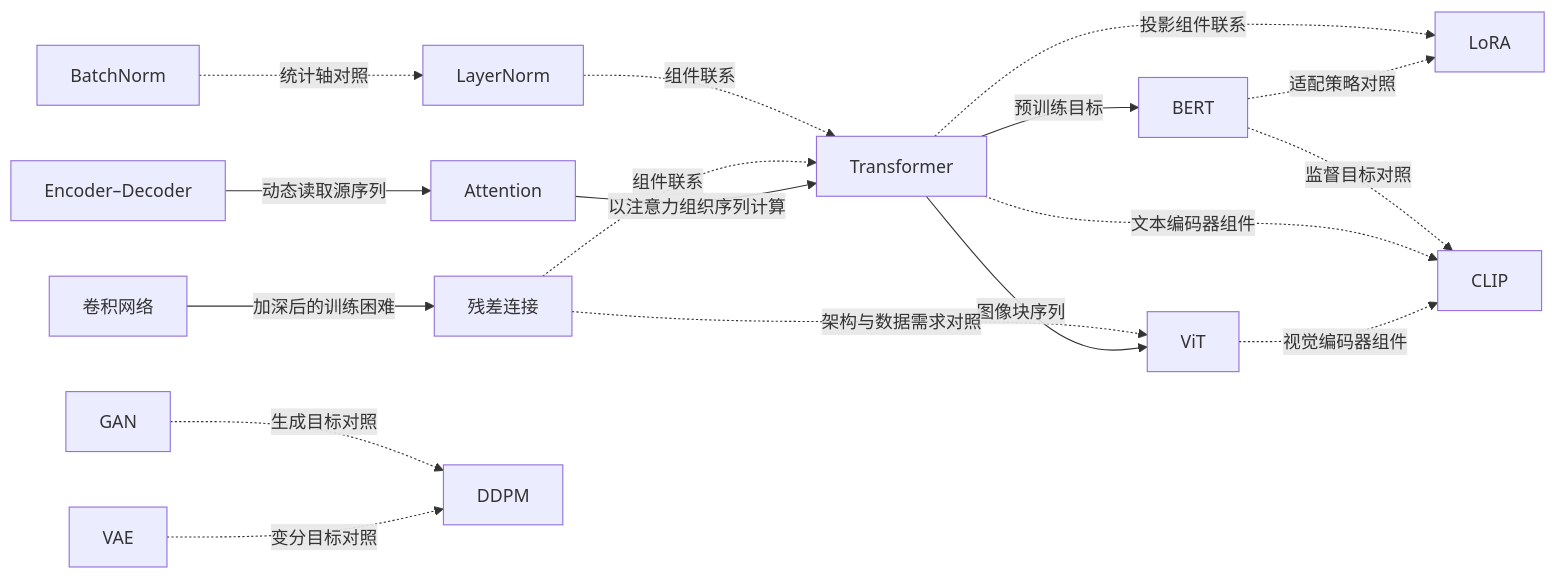
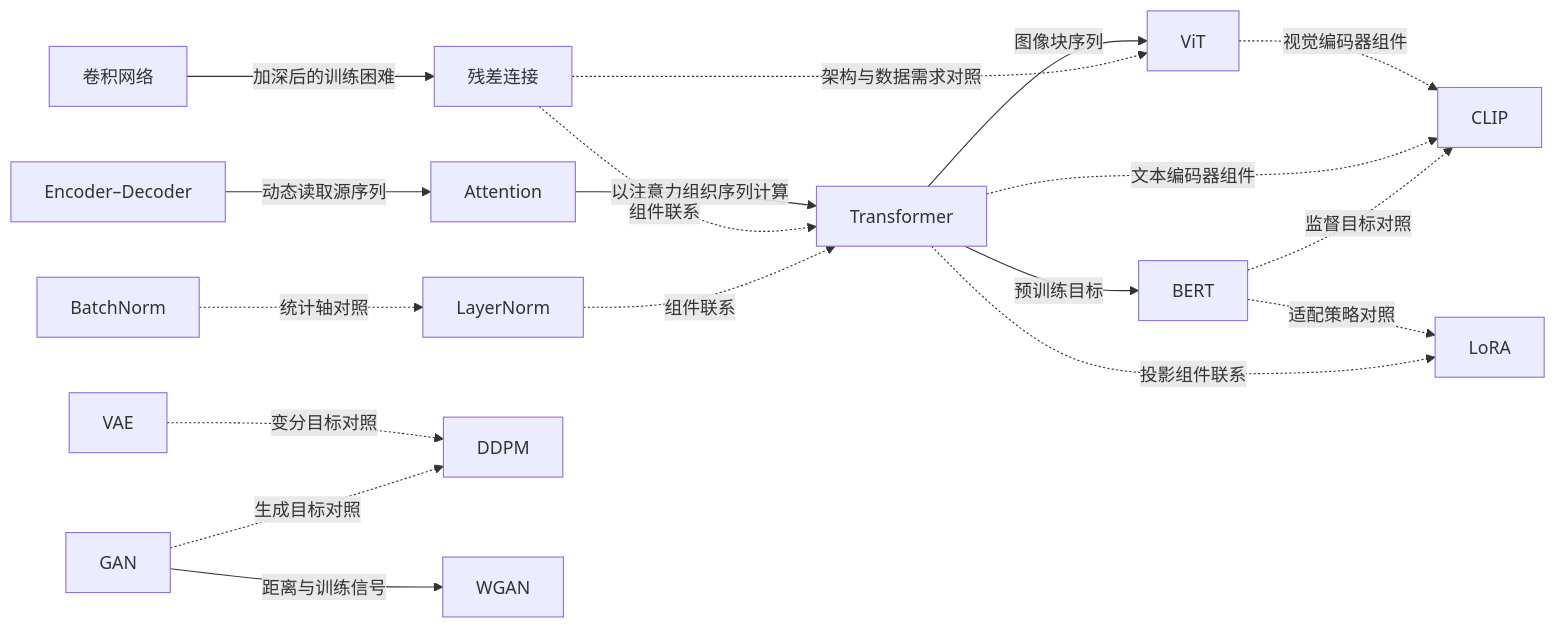
The diagram in docs/connections.md (RayXBuilds/Deep-Learning-Papers-Reading-Roadmap), drawn with Mermaid before and after one commit. The commit also changed other lines of this file and 16 other files, not shown here.

````diff
--- a/docs/connections.md
+++ b/docs/connections.md
@@ -32,19 +33,20 @@
 ```mermaid
 flowchart LR
   CNN[卷积网络] -->|加深后的训练困难| ResNet[残差连接]
   BN[BatchNorm] -.统计轴对照.-> LN[LayerNorm]
   Seq[Encoder–Decoder] -->|动态读取源序列| Attn[Attention]
   Attn -->|以注意力组织序列计算| TF[Transformer]
   ResNet -.组件联系.-> TF
   LN -.组件联系.-> TF
   TF -->|预训练目标| BERT[BERT]
   BERT -.适配策略对照.-> LoRA[LoRA]
   TF -.投影组件联系.-> LoRA
   TF -->|图像块序列| ViT[ViT]
   ResNet -.架构与数据需求对照.-> ViT
   ViT -.视觉编码器组件.-> CLIP[CLIP]
   TF -.文本编码器组件.-> CLIP
   BERT -.监督目标对照.-> CLIP
   VAE[VAE] -.变分目标对照.-> DDPM[DDPM]
   GAN[GAN] -.生成目标对照.-> DDPM
+  GAN -->|距离与训练信号| WGAN[WGAN]
 ```
````
